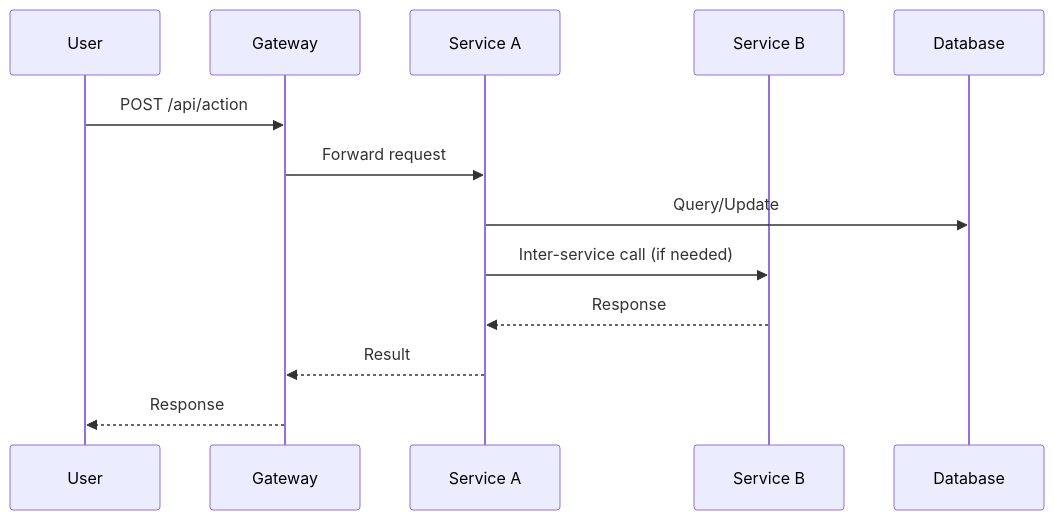
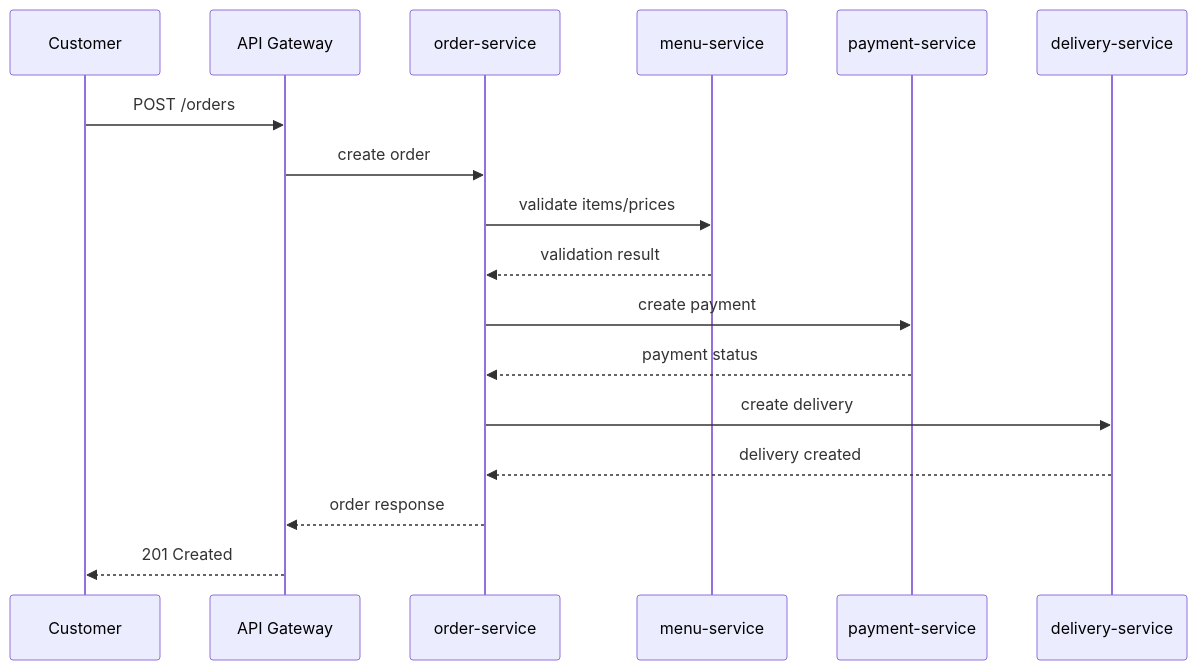
Before and after one commit to Ahnguyen89/Test-: the diagram in docs/analysis-and-design.md, drawn with Mermaid. The commit also changed other lines of this file, not shown here.

````diff
--- a/docs/analysis-and-design.md
+++ b/docs/analysis-and-design.md
@@ -77,16 +133,20 @@
 ```mermaid
 sequenceDiagram
-    participant U as User
-    participant GW as Gateway
-    participant SA as Service A
-    participant SB as Service B
-    participant DB as Database
+    participant C as Customer
+    participant GW as API Gateway
+    participant OS as order-service
+    participant MS as menu-service
+    participant PS as payment-service
+    participant DS as delivery-service
 
-    U->>GW: POST /api/action
-    GW->>SA: Forward request
-    SA->>DB: Query/Update
-    SA->>SB: Inter-service call (if needed)
-    SB-->>SA: Response
-    SA-->>GW: Result
-    GW-->>U: Response
+    C->>GW: POST /orders
+    GW->>OS: create order
+    OS->>MS: validate items/prices
+    MS-->>OS: validation result
+    OS->>PS: create payment
+    PS-->>OS: payment status
+    OS->>DS: create delivery
+    DS-->>OS: delivery created
+    OS-->>GW: order response
+    GW-->>C: 201 Created
 ```
````
